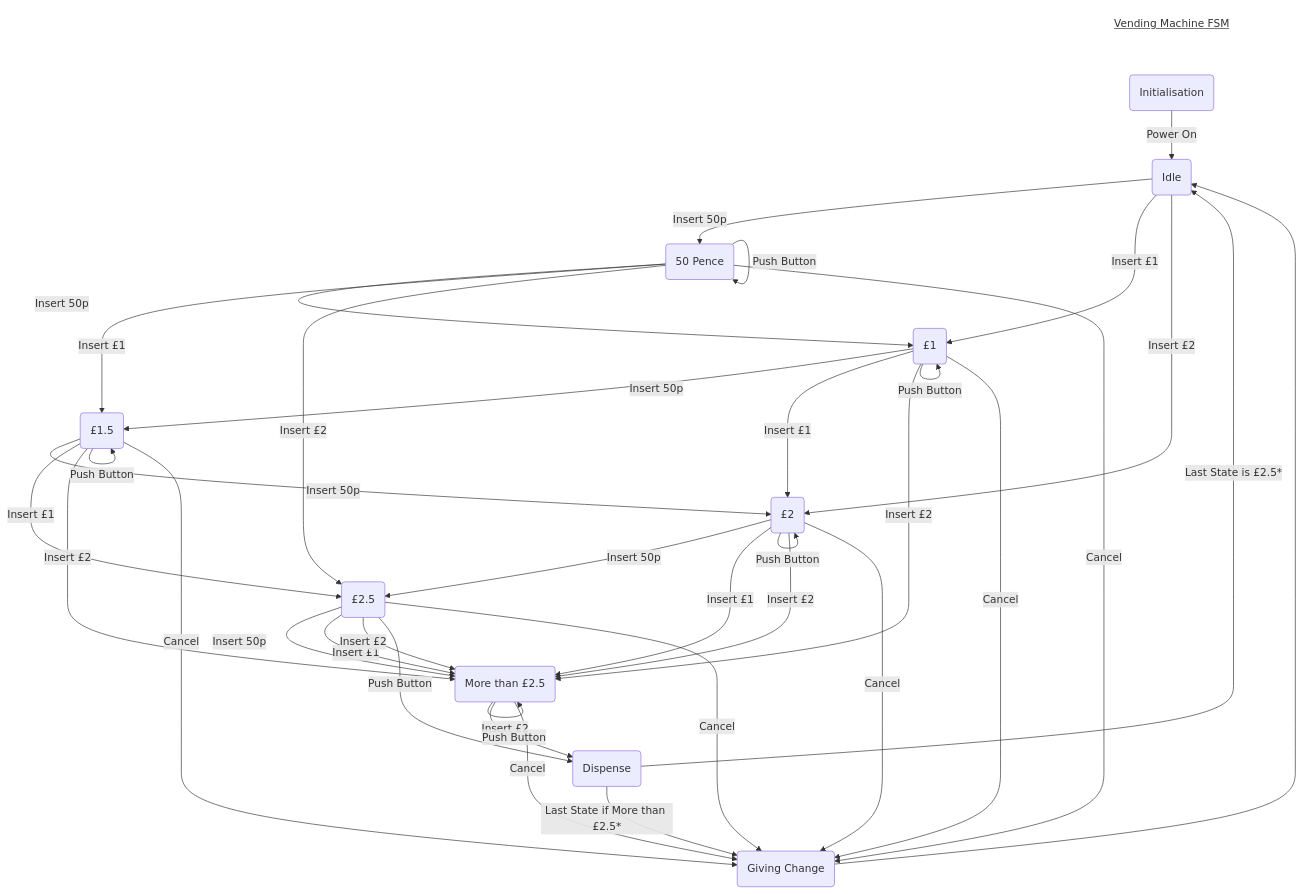
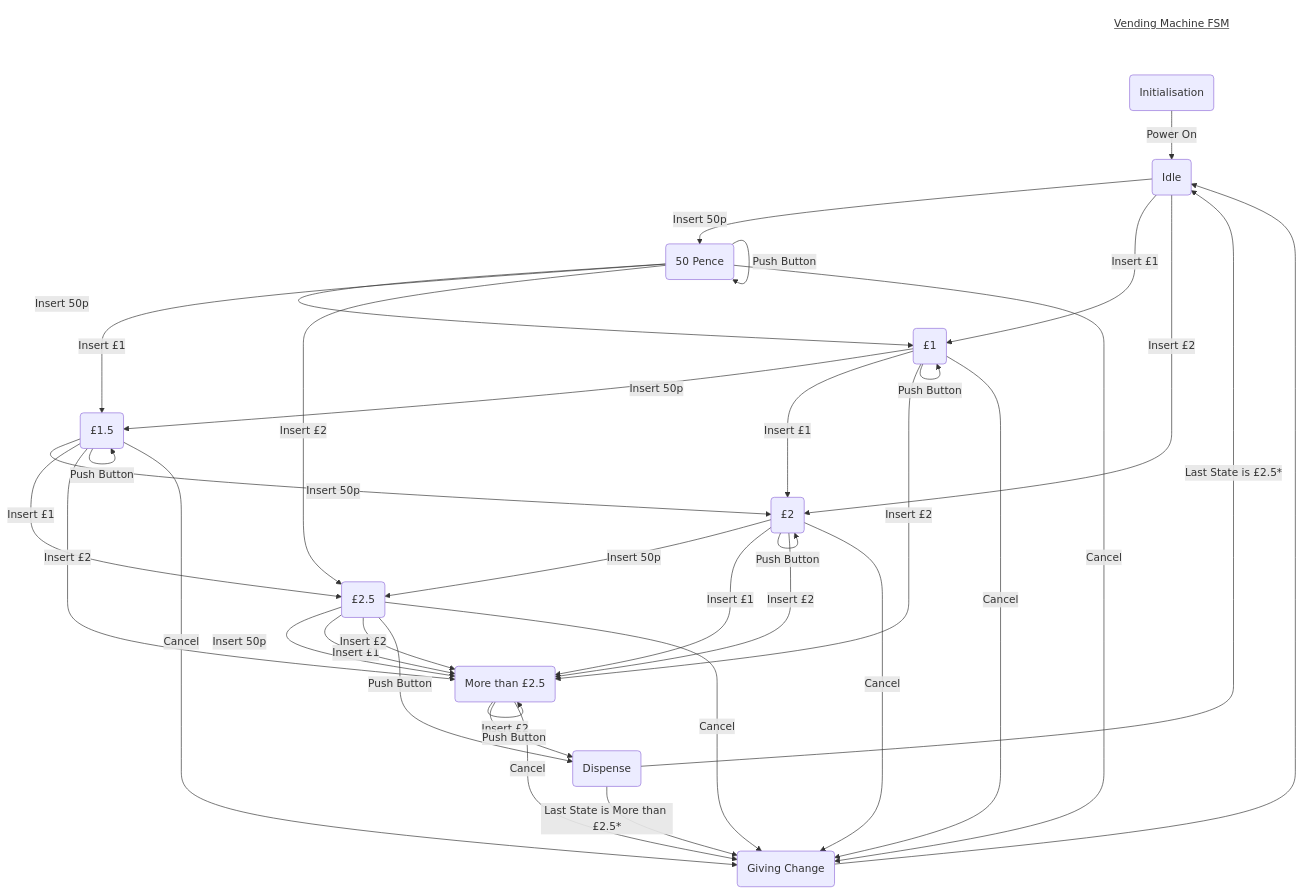
One commit to libralibra/UK_Teaching changed the second of 2 diagrams in Uni/Falmouth/COMP712/workshops/fsm/fsm.md. Above: the diagram before and after it, drawn with Mermaid. The commit also changed 1 other file, not shown here.

Commit message:
synced from working version on 03/11/2023-13:44:04.46

````diff
--- a/Uni/Falmouth/COMP712/workshops/fsm/fsm.md
+++ b/Uni/Falmouth/COMP712/workshops/fsm/fsm.md
@@ -146,45 +146,45 @@
 ```mermaid
 graph TD
 title[<u>Vending Machine FSM</u>]
 title --> A(Initialisation)
 style title fill:#FFF,stroke:#FFF
 linkStyle 0 stroke:#FFF,stroke-width:0;
 
 A -- Power On --> B(Idle)
 B -- Insert 50p --> C(50 Pence)
 B -- Insert £1 --> D(£1)
 B -- Insert £2 --> E(£2)
 C -- Insert 50p --> D
 C -- Insert £1 --> F(£1.5)
 C -- Insert £2 --> G(£2.5)
 D -- Insert 50p --> F
 D -- Insert £1 --> E
 D -- Insert £2 --> H(More than £2.5)
 E -- Insert 50p --> G
 E -- Insert £1 --> H
 E -- Insert £2 --> H
 F -- Insert 50p --> E
 F -- Insert £1 --> G
 F -- Insert £2 --> H
 G -- Insert 50p --> H
 G -- Insert £1 --> H
 G -- Insert £2 --> H
 H -- Insert 50p --> H
 H -- Insert £1 --> H
 H -- Insert £2 --> H
 C -- Push Button --> C
 D -- Push Button --> D
 E -- Push Button --> E
 F -- Push Button --> F
 G -- Push Button --> I(Dispense)
 I -- Last State is £2.5* --> B
 H -- Push Button --> I
-I -- Last State if More than £2.5* --> J(Giving Change)
+I -- Last State is More than £2.5* --> J(Giving Change)
 C -- Cancel --> J
 D -- Cancel --> J
 E -- Cancel --> J
 F -- Cancel --> J
 G -- Cancel --> J
 H -- Cancel --> J
 J ---> B
 ```
````
